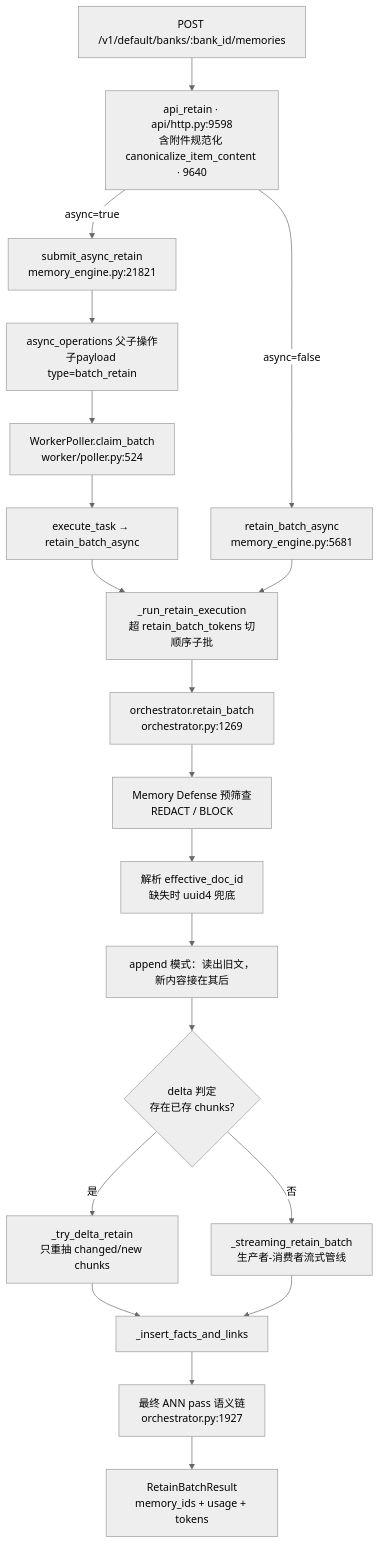
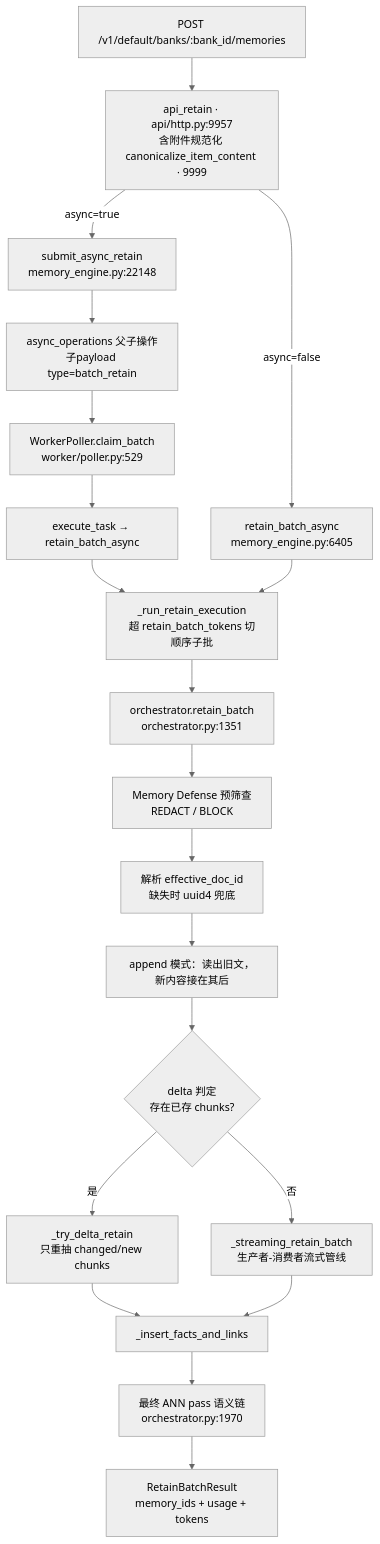
The first of 3 diagrams in docs/hindsight/source-study/02-retain-摄取管线.md (stefanv5/memory-platform-architecture), drawn with Mermaid (neutral theme) before and after one commit. The commit also changed other lines of this file and 7 other files, not shown here.

Commit message:
docs(hindsight): update 7-volume source study to v0.10.2 (f7dd3f4fd) — engine memories/pg restructure, storage/transfer subsystems, reflect presentation (#4656), refresh pausing (#4618), rank-decayed boost (#4653), bank aliases; verified per-module by review agents

````diff
--- a/docs/hindsight/source-study/02-retain-摄取管线.md
+++ b/docs/hindsight/source-study/02-retain-摄取管线.md
@@ -61,22 +62,22 @@
 ```mermaid
 flowchart TD
-    REQ["POST /v1/default/banks/:bank_id/memories"] --> ROUTE["api_retain · api/http.py:9598<br/>含附件规范化 canonicalize_item_content · 9640"]
-    ROUTE -->|"async=true"| SUBMIT["submit_async_retain<br/>memory_engine.py:21821"]
-    ROUTE -->|"async=false"| SYNC["retain_batch_async<br/>memory_engine.py:5681"]
+    REQ["POST /v1/default/banks/:bank_id/memories"] --> ROUTE["api_retain · api/http.py:9957<br/>含附件规范化 canonicalize_item_content · 9999"]
+    ROUTE -->|"async=true"| SUBMIT["submit_async_retain<br/>memory_engine.py:22148"]
+    ROUTE -->|"async=false"| SYNC["retain_batch_async<br/>memory_engine.py:6405"]
     SUBMIT --> OPS["async_operations 父子操作<br/>子payload type=batch_retain"]
-    OPS --> POLL["WorkerPoller.claim_batch<br/>worker/poller.py:524"]
+    OPS --> POLL["WorkerPoller.claim_batch<br/>worker/poller.py:529"]
     POLL --> EXEC["execute_task → retain_batch_async"]
     EXEC --> SPLIT
     SYNC --> SPLIT["_run_retain_execution<br/>超 retain_batch_tokens 切顺序子批"]
-    SPLIT --> ORCH["orchestrator.retain_batch<br/>orchestrator.py:1269"]
+    SPLIT --> ORCH["orchestrator.retain_batch<br/>orchestrator.py:1351"]
     ORCH --> MD["Memory Defense 预筛查<br/>REDACT / BLOCK"]
     MD --> DOCID["解析 effective_doc_id<br/>缺失时 uuid4 兜底"]
     DOCID --> APPEND["append 模式：读出旧文，新内容接在其后"]
     APPEND --> DELTA{"delta 判定<br/>存在已存 chunks?"}
     DELTA -->|"是"| DPATH["_try_delta_retain<br/>只重抽 changed/new chunks"]
     DELTA -->|"否"| STREAM["_streaming_retain_batch<br/>生产者-消费者流式管线"]
     DPATH --> LK["_insert_facts_and_links"]
     STREAM --> LK
-    LK --> ANN["最终 ANN pass 语义链<br/>orchestrator.py:1927"]
+    LK --> ANN["最终 ANN pass 语义链<br/>orchestrator.py:1970"]
     ANN --> OUT["RetainBatchResult<br/>memory_ids + usage + tokens"]
 ```
````
